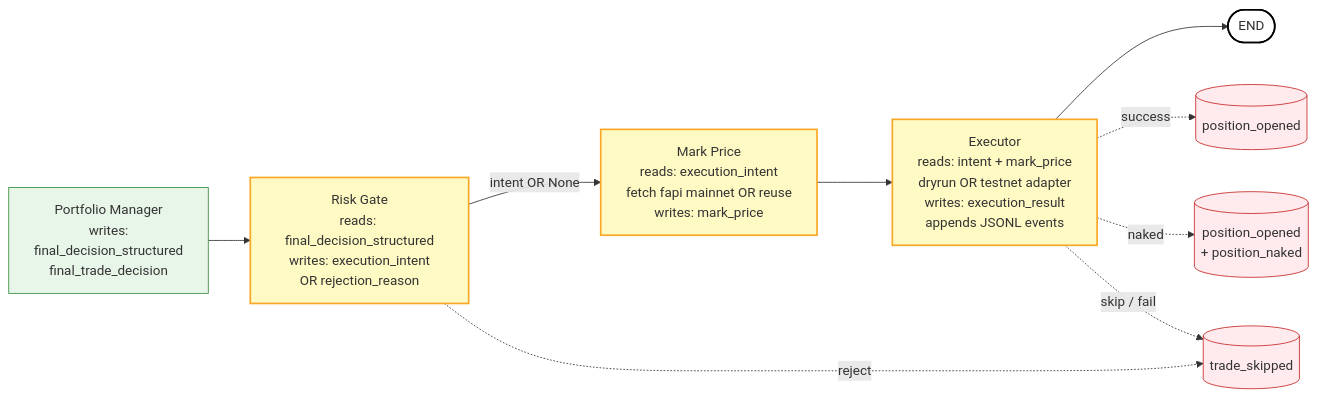
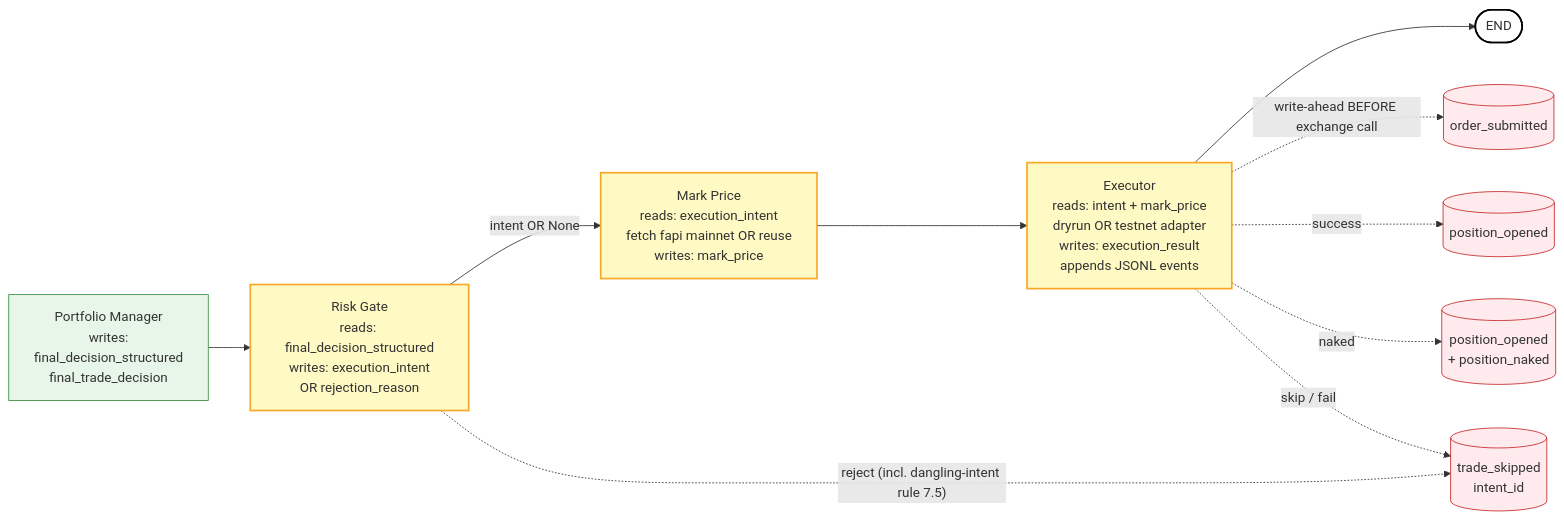
Before and after one commit to cgair/Monopoly: the diagram in docs/walkthrough/diagrams/futures-tail.mmd, drawn with Mermaid. The commit also changed 4 other files, not shown here.

First line of the commit message:
docs(walkthrough): sync T9-T12 — data sources, econ calendar, intent write-ahead, bidirectional reconciliation

```diff
--- a/docs/walkthrough/diagrams/futures-tail.mmd
+++ b/docs/walkthrough/diagrams/futures-tail.mmd
@@ -1,20 +1,21 @@
 graph LR
     PM[Portfolio Manager<br/>writes:<br/>final_decision_structured<br/>final_trade_decision] --> RG[Risk Gate<br/>reads: final_decision_structured<br/>writes: execution_intent<br/>OR rejection_reason]
     RG -- intent OR None --> MP[Mark Price<br/>reads: execution_intent<br/>fetch fapi mainnet OR reuse<br/>writes: mark_price]
     MP --> EX[Executor<br/>reads: intent + mark_price<br/>dryrun OR testnet adapter<br/>writes: execution_result<br/>appends JSONL events]
     EX --> END2([END])
 
-    EX -.success.-> J1[(position_opened)]
-    EX -.naked.-> J2[(position_opened<br/>+ position_naked)]
-    EX -.skip / fail.-> J3[(trade_skipped)]
-    RG -.reject.-> J3
+    EX -.->|write-ahead BEFORE exchange call| J0[(order_submitted)]
+    EX -.->|success| J1[(position_opened)]
+    EX -.->|naked| J2[(position_opened<br/>+ position_naked)]
+    EX -.->|skip / fail| J3[(trade_skipped<br/>intent_id)]
+    RG -.->|"reject (incl. dangling-intent rule 7.5)"| J3
 
     classDef manager fill:#e8f5e9,stroke:#388e3c
     classDef futures fill:#fff9c4,stroke:#f9a825,stroke-width:2px
     classDef endpoint fill:#fff,stroke:#000,stroke-width:2px
     classDef jsonl fill:#ffebee,stroke:#c62828
 
     class PM manager
     class RG,MP,EX futures
     class END2 endpoint
-    class J1,J2,J3 jsonl
+    class J0,J1,J2,J3 jsonl
```
